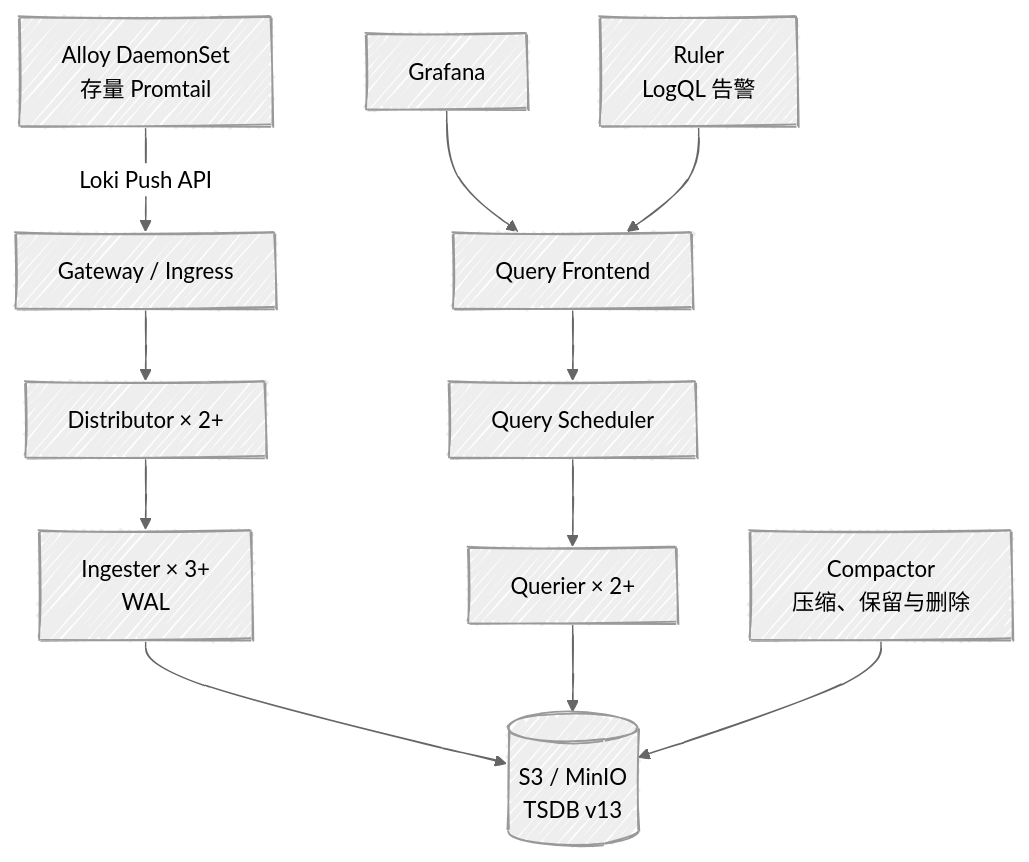
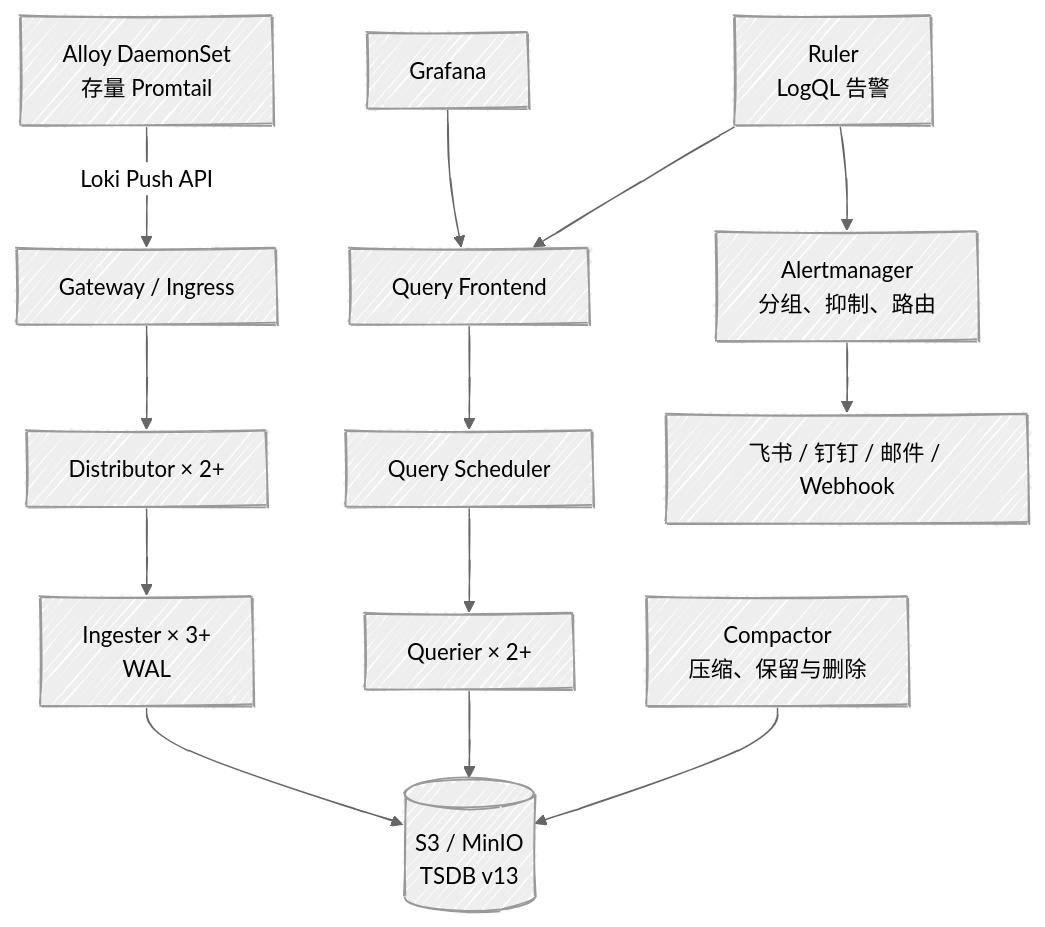
The second of 4 diagrams in 运维笔记/监控/日志平台方案设计：Loki-Promtail-Grafana与VictoriaLogs.md (Xparkone/obsidian), drawn with Mermaid before and after one commit. The commit also changed other lines of this file, not shown here.

````diff
--- a/运维笔记/监控/日志平台方案设计：Loki-Promtail-Grafana与VictoriaLogs.md
+++ b/运维笔记/监控/日志平台方案设计：Loki-Promtail-Grafana与VictoriaLogs.md
@@ -121,23 +121,26 @@
 ```mermaid
 %%{init: {"look": "handDrawn", "theme": "neutral", "flowchart": {"curve": "basis"}}}%%
 flowchart TB
     collector["Alloy DaemonSet<br/>存量 Promtail"]
     gateway["Gateway / Ingress"]
     distributor["Distributor × 2+"]
     ingester["Ingester × 3+<br/>WAL"]
     object[("S3 / MinIO<br/>TSDB v13")]
     frontend["Query Frontend"]
     scheduler["Query Scheduler"]
     querier["Querier × 2+"]
     grafana["Grafana"]
     compactor["Compactor<br/>压缩、保留与删除"]
     ruler["Ruler<br/>LogQL 告警"]
+    alertmanager["Alertmanager<br/>分组、抑制、路由"]
+    receiver["飞书 / 钉钉 / 邮件 / Webhook"]
 
     collector -->|"Loki Push API"| gateway
     gateway --> distributor --> ingester
     ingester --> object
     grafana --> frontend --> scheduler --> querier
     querier --> object
     compactor --> object
     ruler --> frontend
+    ruler --> alertmanager --> receiver
 ```
````
